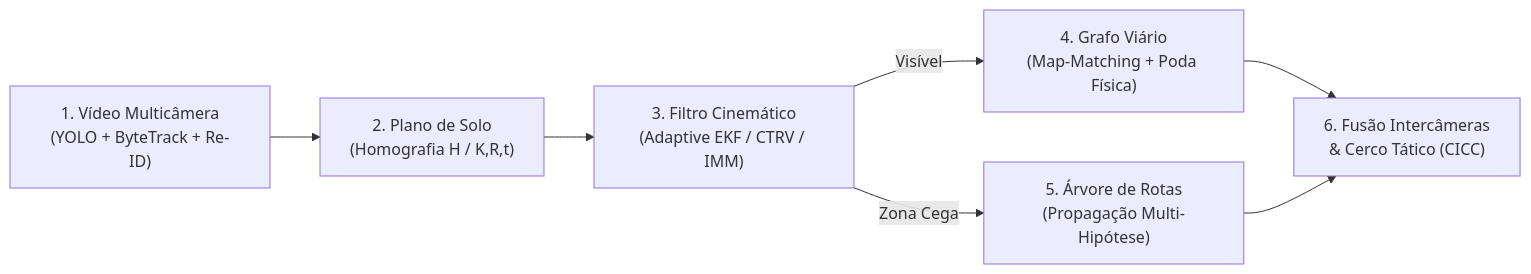
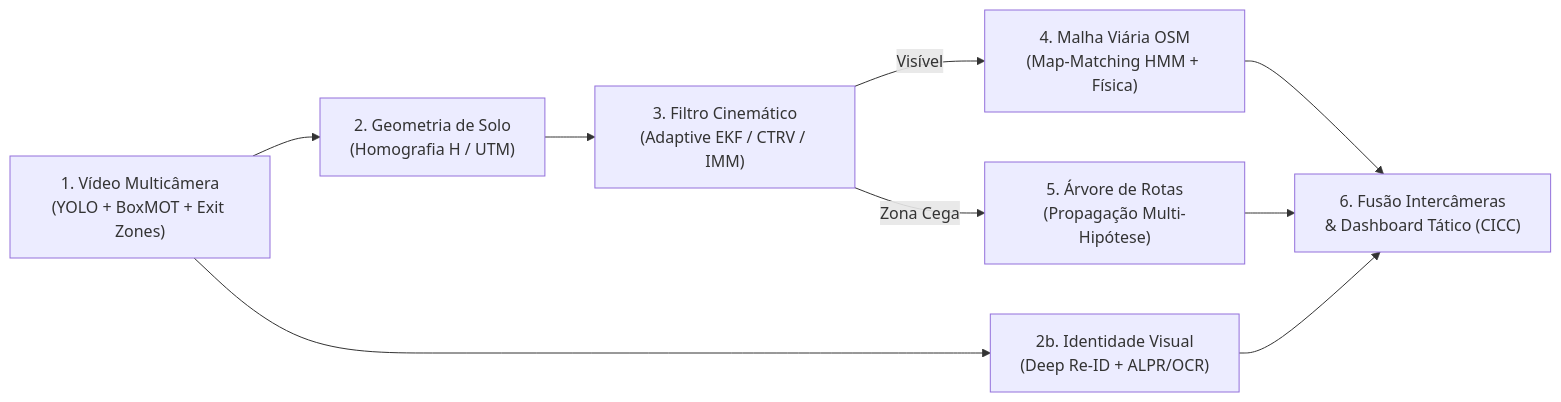
The diagram in PLANEJAMENTO.md (FelipeRezes/Pipeline_IA), drawn with Mermaid before and after one commit. The commit also changed other lines of this file and 85 other files, not shown here.

````diff
--- a/PLANEJAMENTO.md
+++ b/PLANEJAMENTO.md
@@ -12,8 +18,9 @@
 ```mermaid
 flowchart LR
-    A["1. Vídeo Multicâmera\n(YOLO + ByteTrack + Re-ID)"] --> B["2. Plano de Solo\n(Homografia H / K,R,t)"]
+    A["1. Vídeo Multicâmera\n(YOLO + BoxMOT + Exit Zones)"] --> B["2. Geometria de Solo\n(Homografia H / UTM)"]
+    A --> G["2b. Identidade Visual\n(Deep Re-ID + ALPR/OCR)"]
     B --> C["3. Filtro Cinemático\n(Adaptive EKF / CTRV / IMM)"]
-    C -->|"Visível"| D["4. Grafo Viário\n(Map-Matching + Poda Física)"]
+    C -->|"Visível"| D["4. Malha Viária OSM\n(Map-Matching HMM + Física)"]
     C -->|"Zona Cega"| E["5. Árvore de Rotas\n(Propagação Multi-Hipótese)"]
-    D & E --> F["6. Fusão Intercâmeras\n& Cerco Tático (CICC)"]
+    D & E & G --> F["6. Fusão Intercâmeras\n& Dashboard Tático (CICC)"]
 ```
````
